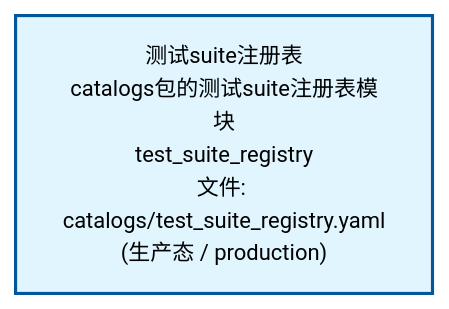
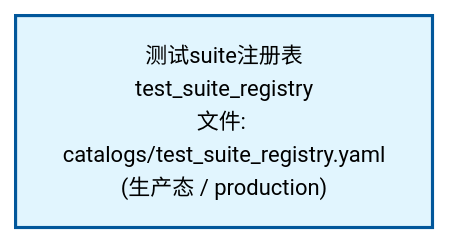
Before and after one commit to xuanFelixVan/ZephyrAlpha: the second of 2 diagrams in docs/02_enterprise_architecture/02_domain_architecture_docs/33_d_audittest.md, drawn with Mermaid. The commit also changed other lines of this file and 56 other files, not shown here.

````diff
--- a/docs/02_enterprise_architecture/02_domain_architecture_docs/33_d_audittest.md
+++ b/docs/02_enterprise_architecture/02_domain_architecture_docs/33_d_audittest.md
@@ -68,10 +68,10 @@
 ```mermaid
 %%{init: {'theme': 'base', 'themeVariables': {'primaryColor': '#eaeaea', 'primaryTextColor': '#333333', 'primaryBorderColor': '#666666', 'lineColor': '#666666', 'secondaryColor': '#eaeaea', 'tertiaryColor': '#eaeaea', 'fontSize': '14px'}}}%%
 flowchart TD
-    docs_01_policies_and_standards_registry_catalogs_test_suite_registry_yaml["测试suite注册表<br/>catalogs包的测试suite注册表模块<br/>test_suite_registry<br/>文件: catalogs/test_suite_registry.yaml<br/>(生产态 / production)"]
+    docs_01_policies_and_standards_registry_catalogs_test_suite_registry_yaml["测试suite注册表<br/>test_suite_registry<br/>文件: catalogs/test_suite_registry.yaml<br/>(生产态 / production)"]
     classDef production fill:#e1f5fe,stroke:#01579b,stroke-width:2px,color:#000
     classDef design fill:#fff3e0,stroke:#e65100,stroke-width:2px,color:#000,stroke-dasharray: 5 5
     classDef external_prod fill:#e8f4fd,stroke:#0277bd,stroke-width:1px,color:#000
     classDef external_design fill:#fff8e7,stroke:#ef6c00,stroke-width:1px,color:#000,stroke-dasharray: 5 5
     class docs_01_policies_and_standards_registry_catalogs_test_suite_registry_yaml production
 ```
````
